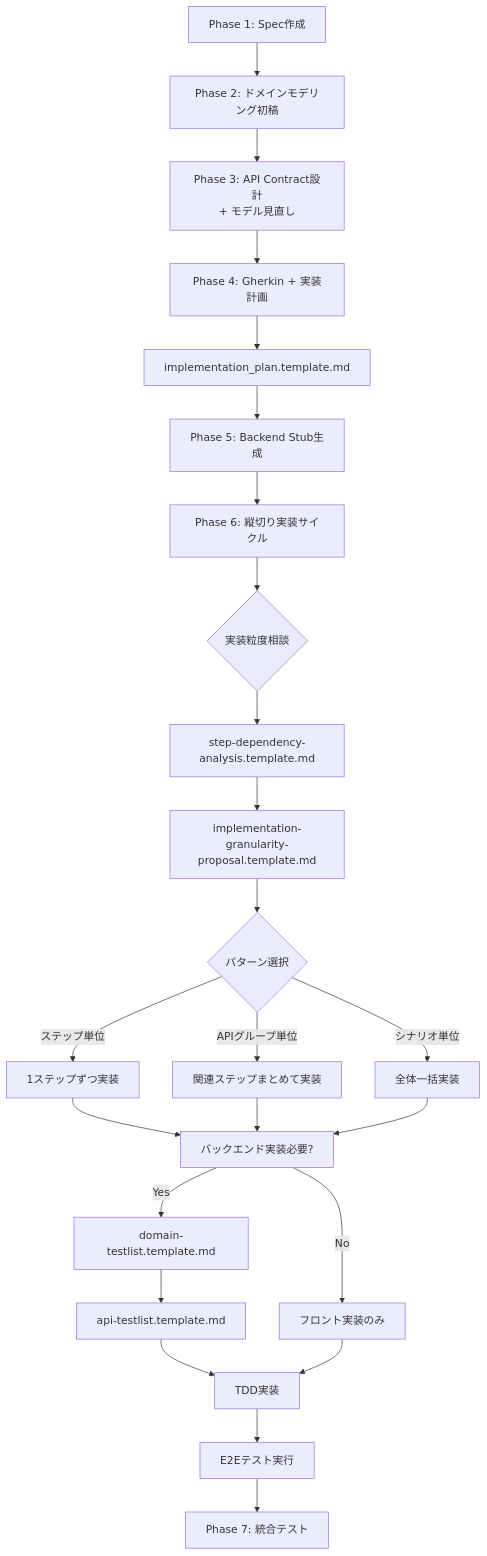
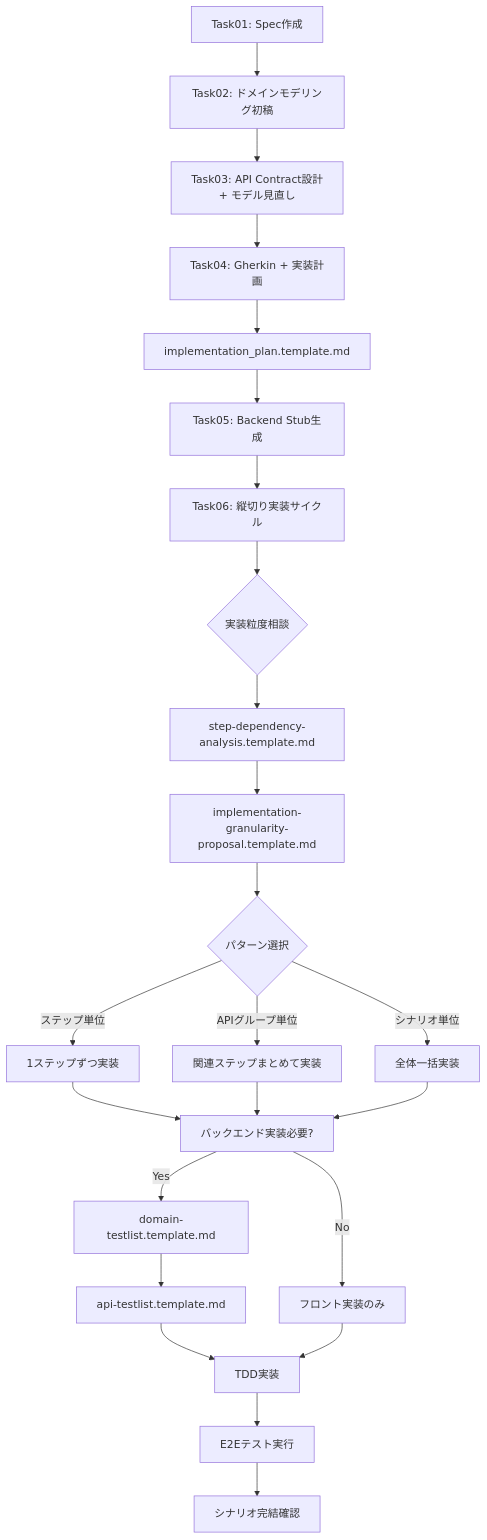
One commit to nobiinu-and/hatomask-app-with-ai changed the diagram in docs/plans/templates/README.md. Above: the diagram before and after it, drawn with Mermaid. The commit also changed other lines of this file and 40 other files, not shown here.

````diff
--- a/docs/plans/templates/README.md
+++ b/docs/plans/templates/README.md
@@ -71,26 +71,26 @@
 ```mermaid
 graph TD
-    A[Phase 1: Spec作成] --> B[Phase 2: ドメインモデリング初稿]
-    B --> C[Phase 3: API Contract設計<br/>+ モデル見直し]
-    C --> D[Phase 4: Gherkin + 実装計画]
+   A[Task01: Spec作成] --> B[Task02: ドメインモデリング初稿]
+   B --> C[Task03: API Contract設計<br/>+ モデル見直し]
+   C --> D[Task04: Gherkin + 実装計画]
     D --> E[implementation_plan.template.md]
-    E --> F[Phase 5: Backend Stub生成]
-    F --> G[Phase 6: 縦切り実装サイクル]
+   E --> F[Task05: Backend Stub生成]
+   F --> G[Task06: 縦切り実装サイクル]
     G --> H{実装粒度相談}
     H --> I[step-dependency-analysis.template.md]
     I --> J[implementation-granularity-proposal.template.md]
     J --> K{パターン選択}
     K -->|ステップ単位| L1[1ステップずつ実装]
     K -->|APIグループ単位| L2[関連ステップまとめて実装]
     K -->|シナリオ単位| L3[全体一括実装]
     L1 --> M[バックエンド実装必要?]
     L2 --> M
     L3 --> M
     M -->|Yes| N[domain-testlist.template.md]
     M -->|No| O[フロント実装のみ]
     N --> P[api-testlist.template.md]
     P --> Q[TDD実装]
     O --> Q
     Q --> R[E2Eテスト実行]
-    R --> S[Phase 7: 統合テスト]
+   R --> S[シナリオ完結確認]
 ```
````
